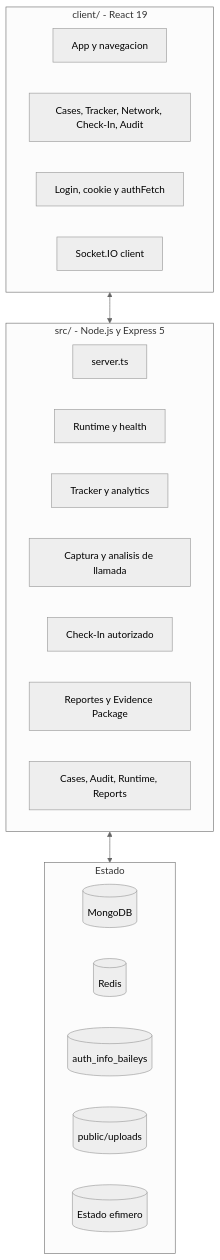
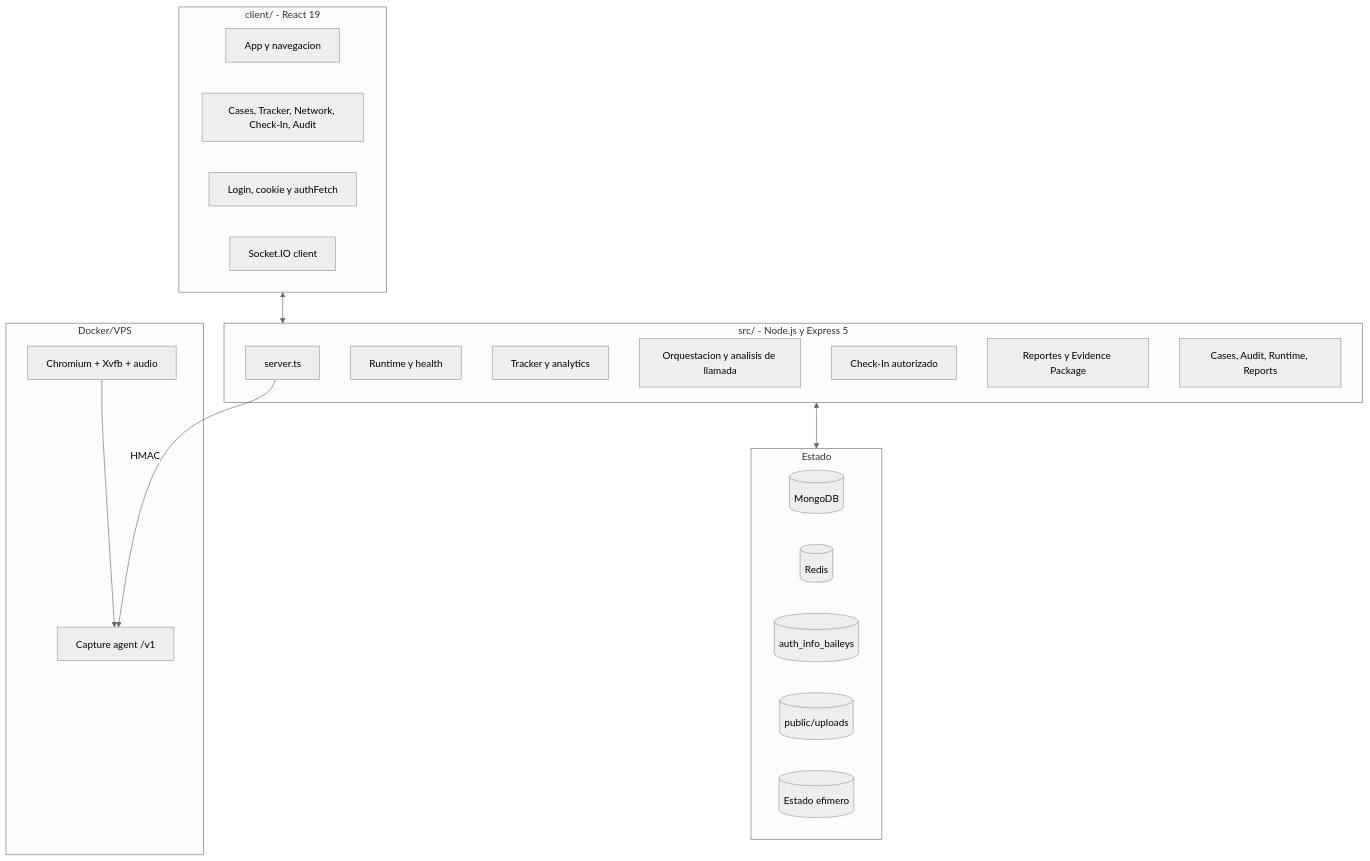
One commit to deco31416/wp-monitor changed the second of 3 diagrams in docs/architecture/README.md. Above: the diagram before and after it, drawn with Mermaid (neutral theme). The commit also changed other lines of this file and 74 other files, not shown here.

Commit message:
feat: preparar despliegue VPS y captura aislada 3.1.0

````diff
--- a/docs/architecture/README.md
+++ b/docs/architecture/README.md
@@ -65,30 +67,37 @@
 ```mermaid
 flowchart TB
     subgraph Client[client/ - React 19]
       App[App y navegacion]
       Views[Cases, Tracker, Network, Check-In, Audit]
       Auth[Login, cookie y authFetch]
       Socket[Socket.IO client]
     end
 
     subgraph Backend[src/ - Node.js y Express 5]
       Server[server.ts]
       Runtime[Runtime y health]
       Tracker[Tracker y analytics]
-      Call[Captura y analisis de llamada]
+      Call[Orquestacion y analisis de llamada]
       CheckIn[Check-In autorizado]
       Reports[Reportes y Evidence Package]
       Routes[Cases, Audit, Runtime, Reports]
+    end
+
+    subgraph BrowserCapture[Docker/VPS]
+      BrowserWA[Chromium + Xvfb + audio]
+      Agent[Capture agent /v1]
+      BrowserWA --> Agent
+      Server -->|HMAC| Agent
     end
 
     subgraph State[Estado]
       Mongo[(MongoDB)]
       Redis[(Redis)]
       AuthFiles[(auth_info_baileys)]
       Uploads[(public/uploads)]
       Memory[(Estado efimero)]
     end
 
     Client <--> Backend
     Backend <--> State
 ```
````
